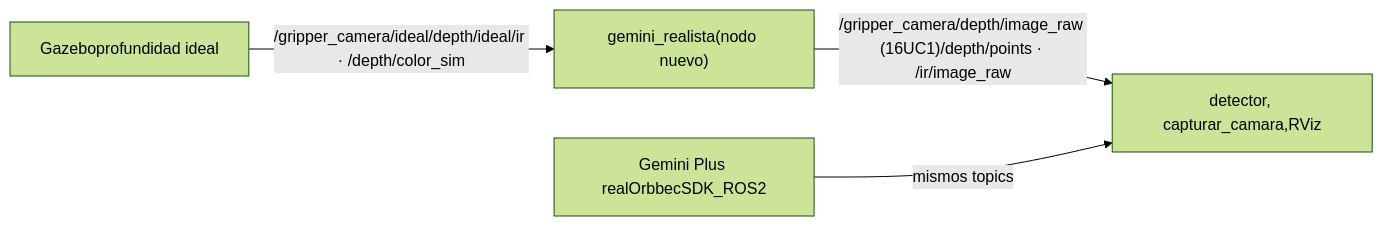
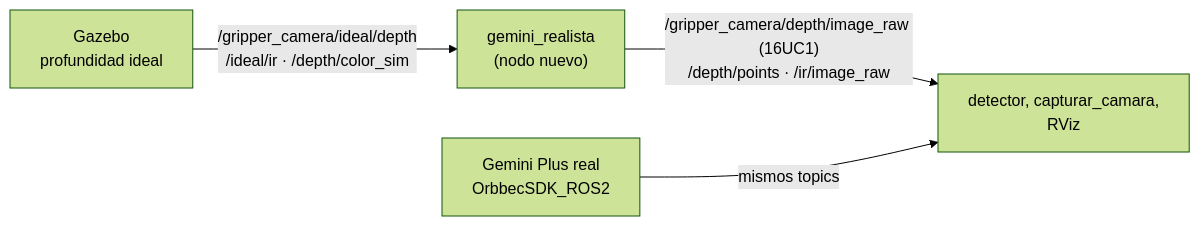
One commit to Ivan1721/milo_ws changed the second of 3 diagrams in docs/informe/README.md. Above: the diagram before and after it, drawn with Mermaid (forest theme). The commit also changed other lines of this file and 7 other files, not shown here.

````diff
--- a/docs/informe/README.md
+++ b/docs/informe/README.md
@@ -1035,6 +1047,6 @@
 ```mermaid
 flowchart LR
-  GZ["Gazeboprofundidad ideal"] -- "/gripper_camera/ideal/depth/ideal/ir · /depth/color_sim" --> RN["gemini_realista(nodo nuevo)"]
-  RN -- "/gripper_camera/depth/image_raw (16UC1)/depth/points · /ir/image_raw" --> APP["detector, capturar_camara,RViz"]
-  REAL["Gemini Plus realOrbbecSDK_ROS2"] -- "mismos topics" --> APP
+  GZ["Gazebo<br/>profundidad ideal"] -- "/gripper_camera/ideal/depth<br/>/ideal/ir · /depth/color_sim" --> RN["gemini_realista<br/>(nodo nuevo)"]
+  RN -- "/gripper_camera/depth/image_raw (16UC1)<br/>/depth/points · /ir/image_raw" --> APP["detector, capturar_camara,<br/>RViz"]
+  REAL["Gemini Plus real<br/>OrbbecSDK_ROS2"] -- "mismos topics" --> APP
 ```
````
